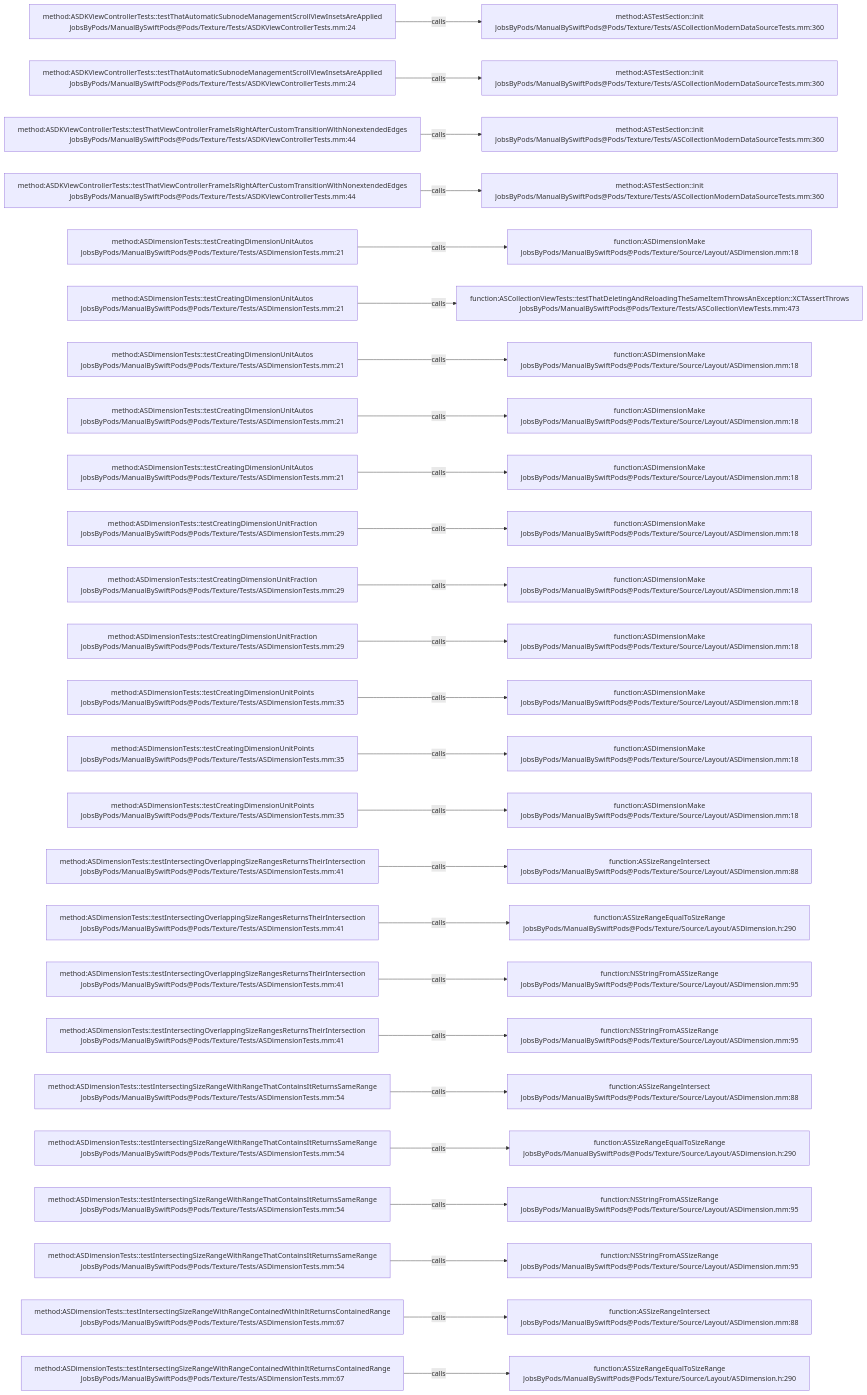
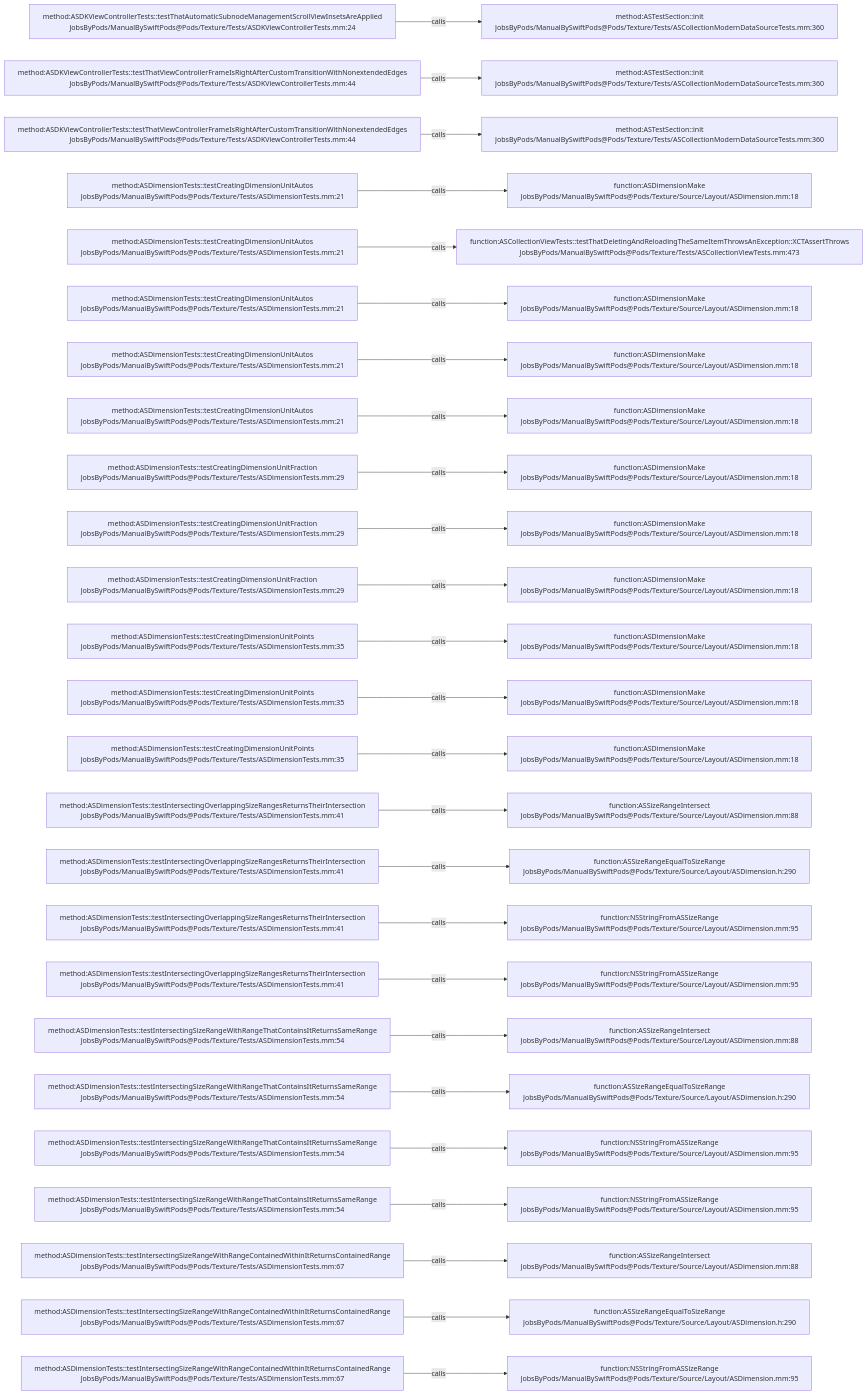
Before and after one commit to JobsKits/JobsSwiftBaseConfigDemo: the diagram in .codegraph/codegraph.md/graphs/calls-178.md, drawn with Mermaid. The commit also changed 747 other files, not shown here.

````diff
--- a/.codegraph/codegraph.md/graphs/calls-178.md
+++ b/.codegraph/codegraph.md/graphs/calls-178.md
@@ -13,78 +13,78 @@
 ```mermaid
 flowchart LR
   S1["method:ASDKViewControllerTests::testThatAutomaticSubnodeManagementScrollViewInsetsAreApplied<br/>JobsByPods/ManualBySwiftPods@Pods/Texture/Tests/ASDKViewControllerTests.mm:24"]
   T1["method:ASTestSection::init<br/>JobsByPods/ManualBySwiftPods@Pods/Texture/Tests/ASCollectionModernDataSourceTests.mm:360"]
   S1 -->|calls| T1
-  S2["method:ASDKViewControllerTests::testThatAutomaticSubnodeManagementScrollViewInsetsAreApplied<br/>JobsByPods/ManualBySwiftPods@Pods/Texture/Tests/ASDKViewControllerTests.mm:24"]
+  S2["method:ASDKViewControllerTests::testThatViewControllerFrameIsRightAfterCustomTransitionWithNonextendedEdges<br/>JobsByPods/ManualBySwiftPods@Pods/Texture/Tests/ASDKViewControllerTests.mm:44"]
   T2["method:ASTestSection::init<br/>JobsByPods/ManualBySwiftPods@Pods/Texture/Tests/ASCollectionModernDataSourceTests.mm:360"]
   S2 -->|calls| T2
   S3["method:ASDKViewControllerTests::testThatViewControllerFrameIsRightAfterCustomTransitionWithNonextendedEdges<br/>JobsByPods/ManualBySwiftPods@Pods/Texture/Tests/ASDKViewControllerTests.mm:44"]
   T3["method:ASTestSection::init<br/>JobsByPods/ManualBySwiftPods@Pods/Texture/Tests/ASCollectionModernDataSourceTests.mm:360"]
   S3 -->|calls| T3
-  S4["method:ASDKViewControllerTests::testThatViewControllerFrameIsRightAfterCustomTransitionWithNonextendedEdges<br/>JobsByPods/ManualBySwiftPods@Pods/Texture/Tests/ASDKViewControllerTests.mm:44"]
-  T4["method:ASTestSection::init<br/>JobsByPods/ManualBySwiftPods@Pods/Texture/Tests/ASCollectionModernDataSourceTests.mm:360"]
+  S4["method:ASDimensionTests::testCreatingDimensionUnitAutos<br/>JobsByPods/ManualBySwiftPods@Pods/Texture/Tests/ASDimensionTests.mm:21"]
+  T4["function:ASDimensionMake<br/>JobsByPods/ManualBySwiftPods@Pods/Texture/Source/Layout/ASDimension.mm:18"]
   S4 -->|calls| T4
   S5["method:ASDimensionTests::testCreatingDimensionUnitAutos<br/>JobsByPods/ManualBySwiftPods@Pods/Texture/Tests/ASDimensionTests.mm:21"]
-  T5["function:ASDimensionMake<br/>JobsByPods/ManualBySwiftPods@Pods/Texture/Source/Layout/ASDimension.mm:18"]
+  T5["function:ASCollectionViewTests::testThatDeletingAndReloadingTheSameItemThrowsAnException::XCTAssertThrows<br/>JobsByPods/ManualBySwiftPods@Pods/Texture/Tests/ASCollectionViewTests.mm:473"]
   S5 -->|calls| T5
   S6["method:ASDimensionTests::testCreatingDimensionUnitAutos<br/>JobsByPods/ManualBySwiftPods@Pods/Texture/Tests/ASDimensionTests.mm:21"]
-  T6["function:ASCollectionViewTests::testThatDeletingAndReloadingTheSameItemThrowsAnException::XCTAssertThrows<br/>JobsByPods/ManualBySwiftPods@Pods/Texture/Tests/ASCollectionViewTests.mm:473"]
+  T6["function:ASDimensionMake<br/>JobsByPods/ManualBySwiftPods@Pods/Texture/Source/Layout/ASDimension.mm:18"]
   S6 -->|calls| T6
   S7["method:ASDimensionTests::testCreatingDimensionUnitAutos<br/>JobsByPods/ManualBySwiftPods@Pods/Texture/Tests/ASDimensionTests.mm:21"]
   T7["function:ASDimensionMake<br/>JobsByPods/ManualBySwiftPods@Pods/Texture/Source/Layout/ASDimension.mm:18"]
   S7 -->|calls| T7
   S8["method:ASDimensionTests::testCreatingDimensionUnitAutos<br/>JobsByPods/ManualBySwiftPods@Pods/Texture/Tests/ASDimensionTests.mm:21"]
   T8["function:ASDimensionMake<br/>JobsByPods/ManualBySwiftPods@Pods/Texture/Source/Layout/ASDimension.mm:18"]
   S8 -->|calls| T8
-  S9["method:ASDimensionTests::testCreatingDimensionUnitAutos<br/>JobsByPods/ManualBySwiftPods@Pods/Texture/Tests/ASDimensionTests.mm:21"]
+  S9["method:ASDimensionTests::testCreatingDimensionUnitFraction<br/>JobsByPods/ManualBySwiftPods@Pods/Texture/Tests/ASDimensionTests.mm:29"]
   T9["function:ASDimensionMake<br/>JobsByPods/ManualBySwiftPods@Pods/Texture/Source/Layout/ASDimension.mm:18"]
   S9 -->|calls| T9
   S10["method:ASDimensionTests::testCreatingDimensionUnitFraction<br/>JobsByPods/ManualBySwiftPods@Pods/Texture/Tests/ASDimensionTests.mm:29"]
   T10["function:ASDimensionMake<br/>JobsByPods/ManualBySwiftPods@Pods/Texture/Source/Layout/ASDimension.mm:18"]
   S10 -->|calls| T10
   S11["method:ASDimensionTests::testCreatingDimensionUnitFraction<br/>JobsByPods/ManualBySwiftPods@Pods/Texture/Tests/ASDimensionTests.mm:29"]
   T11["function:ASDimensionMake<br/>JobsByPods/ManualBySwiftPods@Pods/Texture/Source/Layout/ASDimension.mm:18"]
   S11 -->|calls| T11
-  S12["method:ASDimensionTests::testCreatingDimensionUnitFraction<br/>JobsByPods/ManualBySwiftPods@Pods/Texture/Tests/ASDimensionTests.mm:29"]
+  S12["method:ASDimensionTests::testCreatingDimensionUnitPoints<br/>JobsByPods/ManualBySwiftPods@Pods/Texture/Tests/ASDimensionTests.mm:35"]
   T12["function:ASDimensionMake<br/>JobsByPods/ManualBySwiftPods@Pods/Texture/Source/Layout/ASDimension.mm:18"]
   S12 -->|calls| T12
   S13["method:ASDimensionTests::testCreatingDimensionUnitPoints<br/>JobsByPods/ManualBySwiftPods@Pods/Texture/Tests/ASDimensionTests.mm:35"]
   T13["function:ASDimensionMake<br/>JobsByPods/ManualBySwiftPods@Pods/Texture/Source/Layout/ASDimension.mm:18"]
   S13 -->|calls| T13
   S14["method:ASDimensionTests::testCreatingDimensionUnitPoints<br/>JobsByPods/ManualBySwiftPods@Pods/Texture/Tests/ASDimensionTests.mm:35"]
   T14["function:ASDimensionMake<br/>JobsByPods/ManualBySwiftPods@Pods/Texture/Source/Layout/ASDimension.mm:18"]
   S14 -->|calls| T14
-  S15["method:ASDimensionTests::testCreatingDimensionUnitPoints<br/>JobsByPods/ManualBySwiftPods@Pods/Texture/Tests/ASDimensionTests.mm:35"]
-  T15["function:ASDimensionMake<br/>JobsByPods/ManualBySwiftPods@Pods/Texture/Source/Layout/ASDimension.mm:18"]
+  S15["method:ASDimensionTests::testIntersectingOverlappingSizeRangesReturnsTheirIntersection<br/>JobsByPods/ManualBySwiftPods@Pods/Texture/Tests/ASDimensionTests.mm:41"]
+  T15["function:ASSizeRangeIntersect<br/>JobsByPods/ManualBySwiftPods@Pods/Texture/Source/Layout/ASDimension.mm:88"]
   S15 -->|calls| T15
   S16["method:ASDimensionTests::testIntersectingOverlappingSizeRangesReturnsTheirIntersection<br/>JobsByPods/ManualBySwiftPods@Pods/Texture/Tests/ASDimensionTests.mm:41"]
-  T16["function:ASSizeRangeIntersect<br/>JobsByPods/ManualBySwiftPods@Pods/Texture/Source/Layout/ASDimension.mm:88"]
+  T16["function:ASSizeRangeEqualToSizeRange<br/>JobsByPods/ManualBySwiftPods@Pods/Texture/Source/Layout/ASDimension.h:290"]
   S16 -->|calls| T16
   S17["method:ASDimensionTests::testIntersectingOverlappingSizeRangesReturnsTheirIntersection<br/>JobsByPods/ManualBySwiftPods@Pods/Texture/Tests/ASDimensionTests.mm:41"]
-  T17["function:ASSizeRangeEqualToSizeRange<br/>JobsByPods/ManualBySwiftPods@Pods/Texture/Source/Layout/ASDimension.h:290"]
+  T17["function:NSStringFromASSizeRange<br/>JobsByPods/ManualBySwiftPods@Pods/Texture/Source/Layout/ASDimension.mm:95"]
   S17 -->|calls| T17
   S18["method:ASDimensionTests::testIntersectingOverlappingSizeRangesReturnsTheirIntersection<br/>JobsByPods/ManualBySwiftPods@Pods/Texture/Tests/ASDimensionTests.mm:41"]
   T18["function:NSStringFromASSizeRange<br/>JobsByPods/ManualBySwiftPods@Pods/Texture/Source/Layout/ASDimension.mm:95"]
   S18 -->|calls| T18
-  S19["method:ASDimensionTests::testIntersectingOverlappingSizeRangesReturnsTheirIntersection<br/>JobsByPods/ManualBySwiftPods@Pods/Texture/Tests/ASDimensionTests.mm:41"]
-  T19["function:NSStringFromASSizeRange<br/>JobsByPods/ManualBySwiftPods@Pods/Texture/Source/Layout/ASDimension.mm:95"]
+  S19["method:ASDimensionTests::testIntersectingSizeRangeWithRangeThatContainsItReturnsSameRange<br/>JobsByPods/ManualBySwiftPods@Pods/Texture/Tests/ASDimensionTests.mm:54"]
+  T19["function:ASSizeRangeIntersect<br/>JobsByPods/ManualBySwiftPods@Pods/Texture/Source/Layout/ASDimension.mm:88"]
   S19 -->|calls| T19
   S20["method:ASDimensionTests::testIntersectingSizeRangeWithRangeThatContainsItReturnsSameRange<br/>JobsByPods/ManualBySwiftPods@Pods/Texture/Tests/ASDimensionTests.mm:54"]
-  T20["function:ASSizeRangeIntersect<br/>JobsByPods/ManualBySwiftPods@Pods/Texture/Source/Layout/ASDimension.mm:88"]
+  T20["function:ASSizeRangeEqualToSizeRange<br/>JobsByPods/ManualBySwiftPods@Pods/Texture/Source/Layout/ASDimension.h:290"]
   S20 -->|calls| T20
   S21["method:ASDimensionTests::testIntersectingSizeRangeWithRangeThatContainsItReturnsSameRange<br/>JobsByPods/ManualBySwiftPods@Pods/Texture/Tests/ASDimensionTests.mm:54"]
-  T21["function:ASSizeRangeEqualToSizeRange<br/>JobsByPods/ManualBySwiftPods@Pods/Texture/Source/Layout/ASDimension.h:290"]
+  T21["function:NSStringFromASSizeRange<br/>JobsByPods/ManualBySwiftPods@Pods/Texture/Source/Layout/ASDimension.mm:95"]
   S21 -->|calls| T21
   S22["method:ASDimensionTests::testIntersectingSizeRangeWithRangeThatContainsItReturnsSameRange<br/>JobsByPods/ManualBySwiftPods@Pods/Texture/Tests/ASDimensionTests.mm:54"]
   T22["function:NSStringFromASSizeRange<br/>JobsByPods/ManualBySwiftPods@Pods/Texture/Source/Layout/ASDimension.mm:95"]
   S22 -->|calls| T22
-  S23["method:ASDimensionTests::testIntersectingSizeRangeWithRangeThatContainsItReturnsSameRange<br/>JobsByPods/ManualBySwiftPods@Pods/Texture/Tests/ASDimensionTests.mm:54"]
-  T23["function:NSStringFromASSizeRange<br/>JobsByPods/ManualBySwiftPods@Pods/Texture/Source/Layout/ASDimension.mm:95"]
+  S23["method:ASDimensionTests::testIntersectingSizeRangeWithRangeContainedWithinItReturnsContainedRange<br/>JobsByPods/ManualBySwiftPods@Pods/Texture/Tests/ASDimensionTests.mm:67"]
+  T23["function:ASSizeRangeIntersect<br/>JobsByPods/ManualBySwiftPods@Pods/Texture/Source/Layout/ASDimension.mm:88"]
   S23 -->|calls| T23
   S24["method:ASDimensionTests::testIntersectingSizeRangeWithRangeContainedWithinItReturnsContainedRange<br/>JobsByPods/ManualBySwiftPods@Pods/Texture/Tests/ASDimensionTests.mm:67"]
-  T24["function:ASSizeRangeIntersect<br/>JobsByPods/ManualBySwiftPods@Pods/Texture/Source/Layout/ASDimension.mm:88"]
+  T24["function:ASSizeRangeEqualToSizeRange<br/>JobsByPods/ManualBySwiftPods@Pods/Texture/Source/Layout/ASDimension.h:290"]
   S24 -->|calls| T24
   S25["method:ASDimensionTests::testIntersectingSizeRangeWithRangeContainedWithinItReturnsContainedRange<br/>JobsByPods/ManualBySwiftPods@Pods/Texture/Tests/ASDimensionTests.mm:67"]
-  T25["function:ASSizeRangeEqualToSizeRange<br/>JobsByPods/ManualBySwiftPods@Pods/Texture/Source/Layout/ASDimension.h:290"]
+  T25["function:NSStringFromASSizeRange<br/>JobsByPods/ManualBySwiftPods@Pods/Texture/Source/Layout/ASDimension.mm:95"]
   S25 -->|calls| T25
 ```
````
